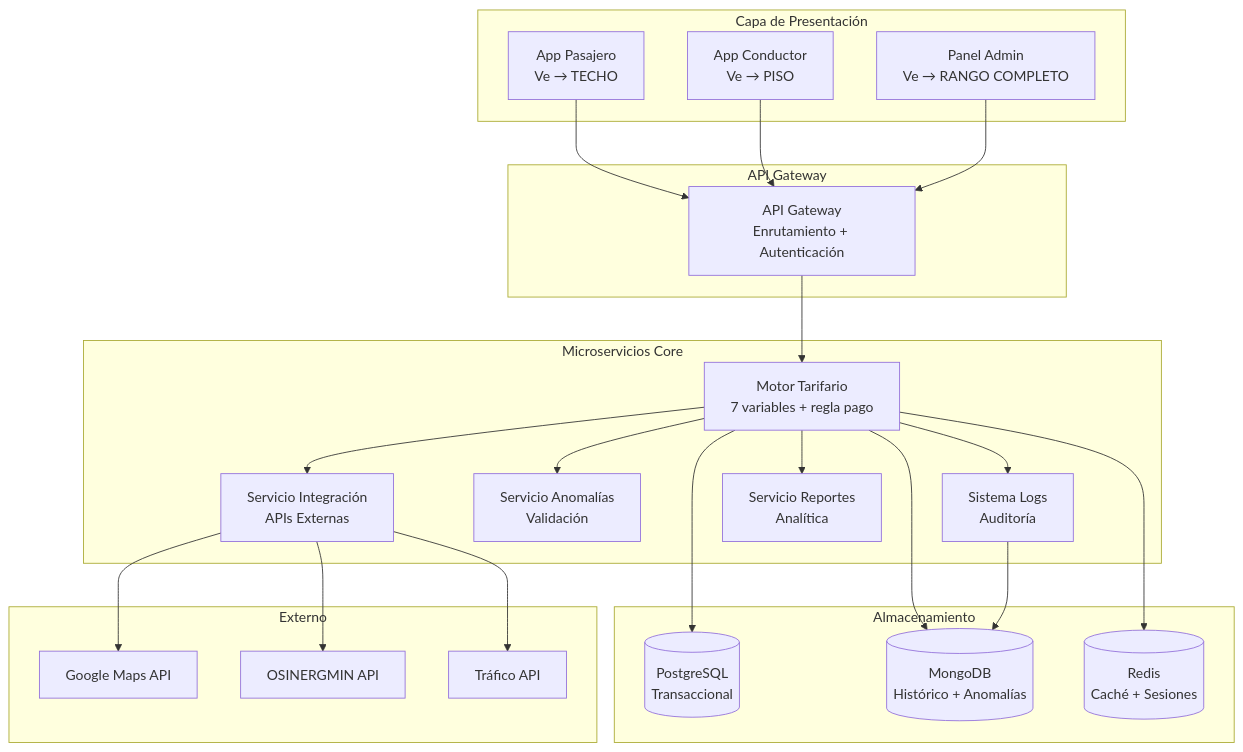
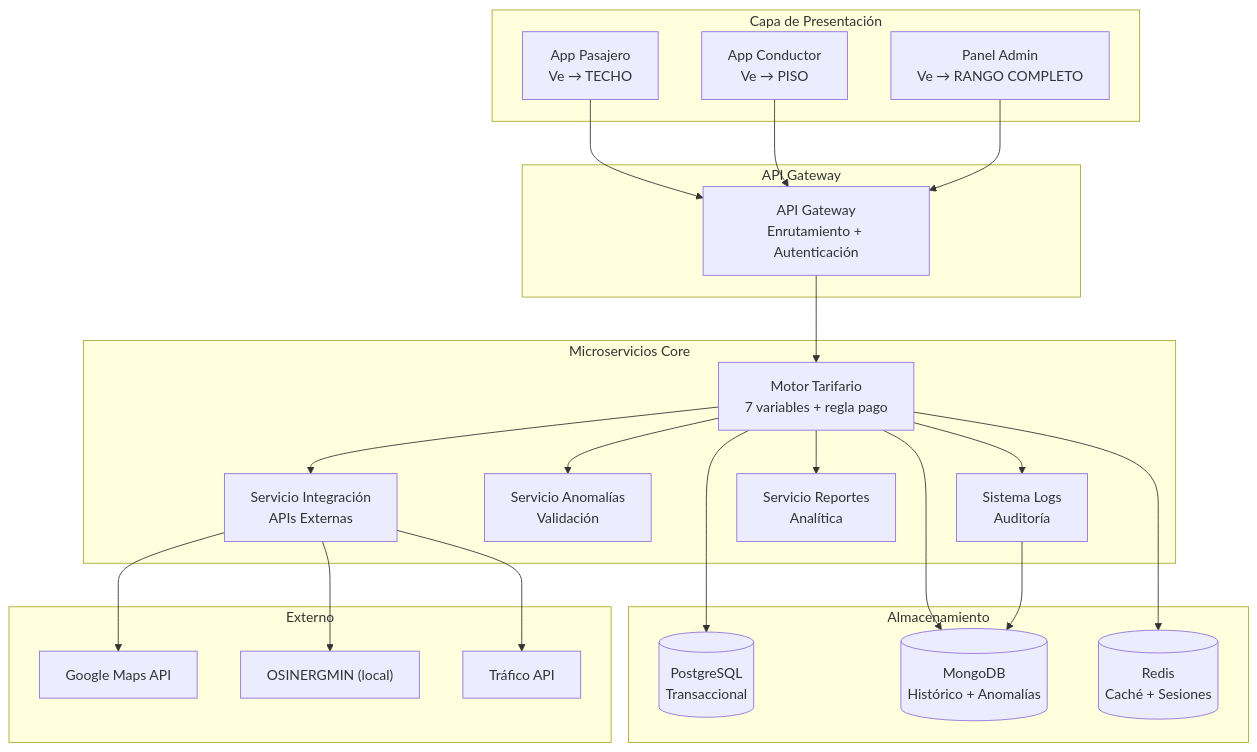
The fourth of 9 diagrams in Documentación/Aquitectura/Arquitectura_general.md (die-go12/Motor-Tarifario-Inteligente-para-inDrive-en-Lima-Metropolitana), drawn with Mermaid before and after one commit. The commit also changed other lines of this file and 6 other files, not shown here.

````diff
--- a/Documentación/Aquitectura/Arquitectura_general.md
+++ b/Documentación/Aquitectura/Arquitectura_general.md
@@ -336,48 +338,48 @@
 ```mermaid
 flowchart TD
     subgraph "Capa de Presentación"
         AppPasajero["App Pasajero<br/>Ve → TECHO"]
         AppConductor["App Conductor<br/>Ve → PISO"]
         PanelAdmin["Panel Admin<br/>Ve → RANGO COMPLETO"]
     end
 
     subgraph "API Gateway"
         Gateway["API Gateway<br/>Enrutamiento + Autenticación"]
     end
 
     subgraph "Microservicios Core"
         Motor["Motor Tarifario<br/>7 variables + regla pago"]
         Integracion["Servicio Integración<br/>APIs Externas"]
         Anomalias["Servicio Anomalías<br/>Validación"]
         Logs["Sistema Logs<br/>Auditoría"]
         Reportes["Servicio Reportes<br/>Analítica"]
     end
 
     subgraph "Almacenamiento"
         PostgreSQL[("PostgreSQL<br/>Transaccional")]
         MongoDB[("MongoDB<br/>Histórico + Anomalías")]
         Redis[("Redis<br/>Caché + Sesiones")]
     end
 
     subgraph "Externo"
         GoogleMaps["Google Maps API"]
-        OSINERGMIN["OSINERGMIN API"]
+        OSINERGMIN["OSINERGMIN (local)"]
         TrafficAPI["Tráfico API"]
     end
 
     AppPasajero --> Gateway
     AppConductor --> Gateway
     PanelAdmin --> Gateway
     Gateway --> Motor
     Motor --> Integracion
     Motor --> Anomalias
     Motor --> Logs
     Motor --> Reportes
     Integracion --> GoogleMaps
     Integracion --> OSINERGMIN
     Integracion --> TrafficAPI
     Motor --> PostgreSQL
     Motor --> MongoDB
     Motor --> Redis
     Logs --> MongoDB
 ```
````
